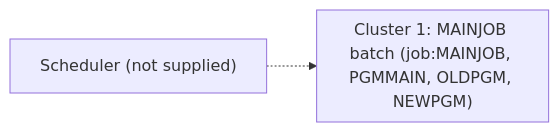
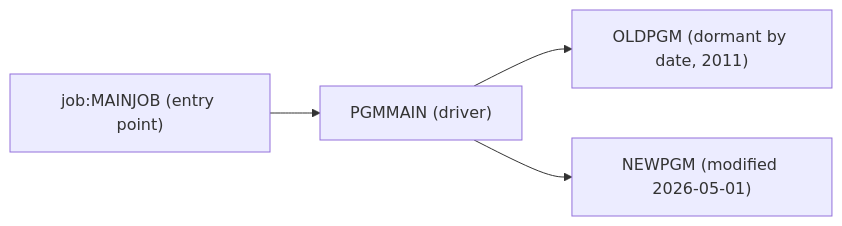
Before and after one commit to Sparq-Holding-Inc/claude-legacy-modernization: the diagram in evals/runs/12-dormant-program/modernization-assessment/02-coupling.md, drawn with Mermaid. The commit also changed other lines of this file and 252 other files, not shown here.

````diff
--- a/evals/runs/12-dormant-program/modernization-assessment/02-coupling.md
+++ b/evals/runs/12-dormant-program/modernization-assessment/02-coupling.md
@@ -19,6 +21,6 @@
 ```mermaid
 graph LR
-  SCHED["Scheduler (not supplied)"] -.-> C1
-  subgraph C1["Cluster 1: MAINJOB batch (job:MAINJOB, PGMMAIN, OLDPGM, NEWPGM)"]
-  end
+  J["job:MAINJOB (entry point)"] --> M["PGMMAIN (driver)"]
+  M --> O["OLDPGM (dormant by date, 2011)"]
+  M --> N["NEWPGM (modified 2026-05-01)"]
 ```
````
